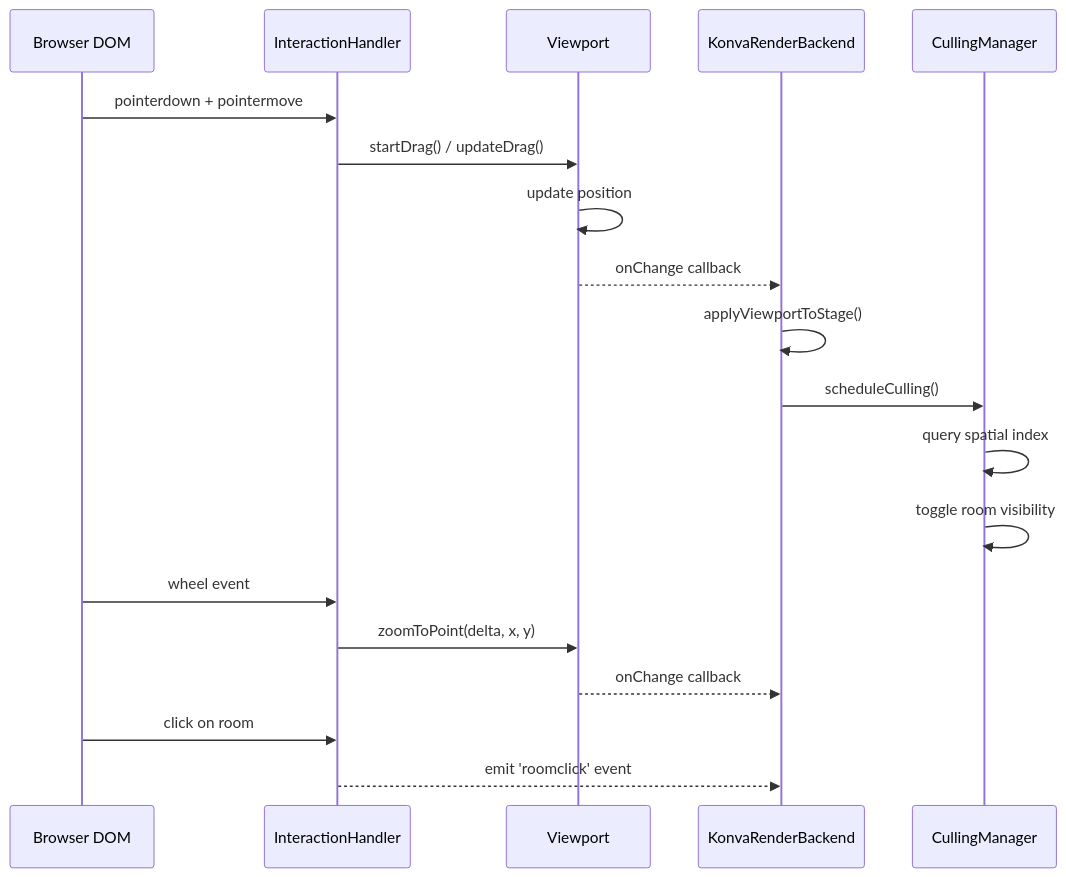
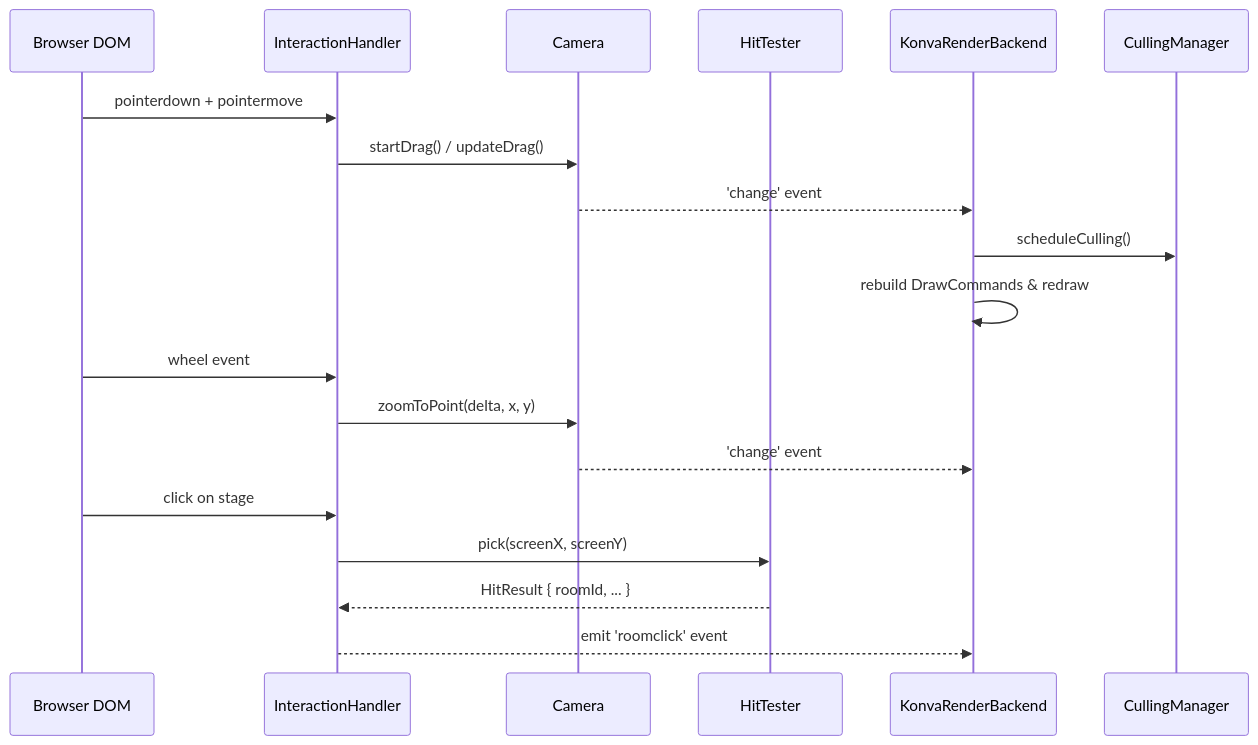
Before and after one commit to Delwing/mudlet-map-renderer: the fourth of 17 diagrams in docs/architecture.md, drawn with Mermaid. The commit also changed other lines of this file and 44 other files, not shown here.

````diff
--- a/docs/architecture.md
+++ b/docs/architecture.md
@@ -141,24 +182,24 @@
 ```mermaid
 sequenceDiagram
     participant DOM as Browser DOM
     participant IH as InteractionHandler
-    participant VP as Viewport
-    participant KB as KonvaRenderBackend
-    participant CM as CullingManager
+    participant Cam as Camera
+    participant Hit as HitTester
+    participant KRB as KonvaRenderBackend
+    participant Cull as CullingManager
 
     DOM->>IH: pointerdown + pointermove
-    IH->>VP: startDrag() / updateDrag()
-    VP->>VP: update position
-    VP-->>KB: onChange callback
-    KB->>KB: applyViewportToStage()
-    KB->>CM: scheduleCulling()
-    CM->>CM: query spatial index
-    CM->>CM: toggle room visibility
+    IH->>Cam: startDrag() / updateDrag()
+    Cam-->>KRB: 'change' event
+    KRB->>Cull: scheduleCulling()
+    KRB->>KRB: rebuild DrawCommands & redraw
 
     DOM->>IH: wheel event
-    IH->>VP: zoomToPoint(delta, x, y)
-    VP-->>KB: onChange callback
+    IH->>Cam: zoomToPoint(delta, x, y)
+    Cam-->>KRB: 'change' event
 
-    DOM->>IH: click on room
-    IH-->>KB: emit 'roomclick' event
+    DOM->>IH: click on stage
+    IH->>Hit: pick(screenX, screenY)
+    Hit-->>IH: HitResult { roomId, ... }
+    IH-->>KRB: emit 'roomclick' event
 ```
````
